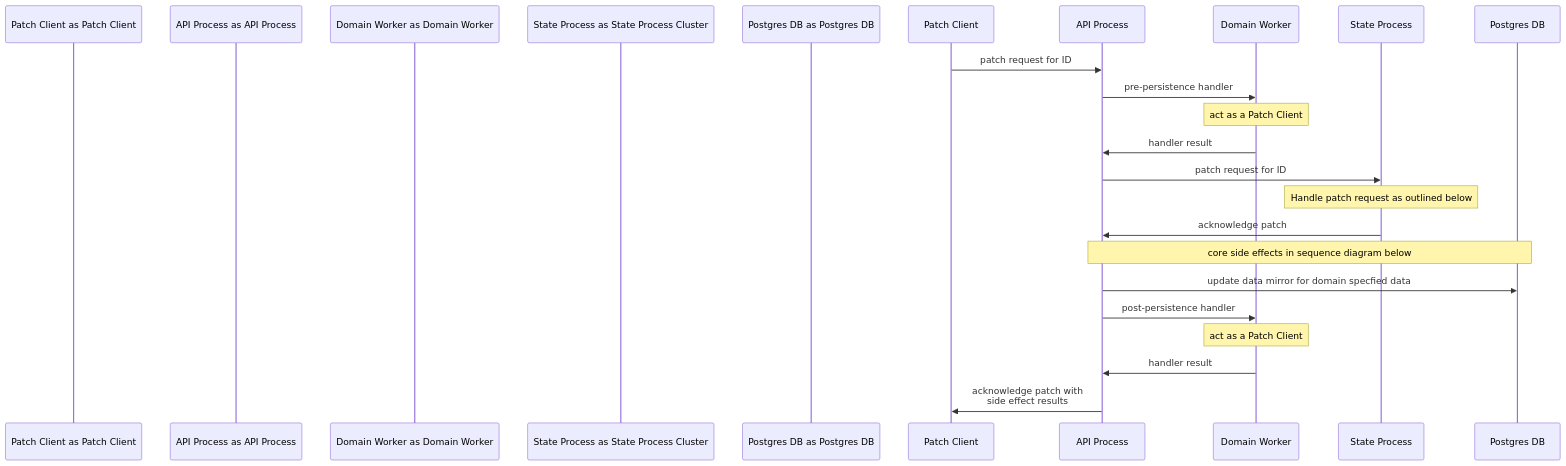
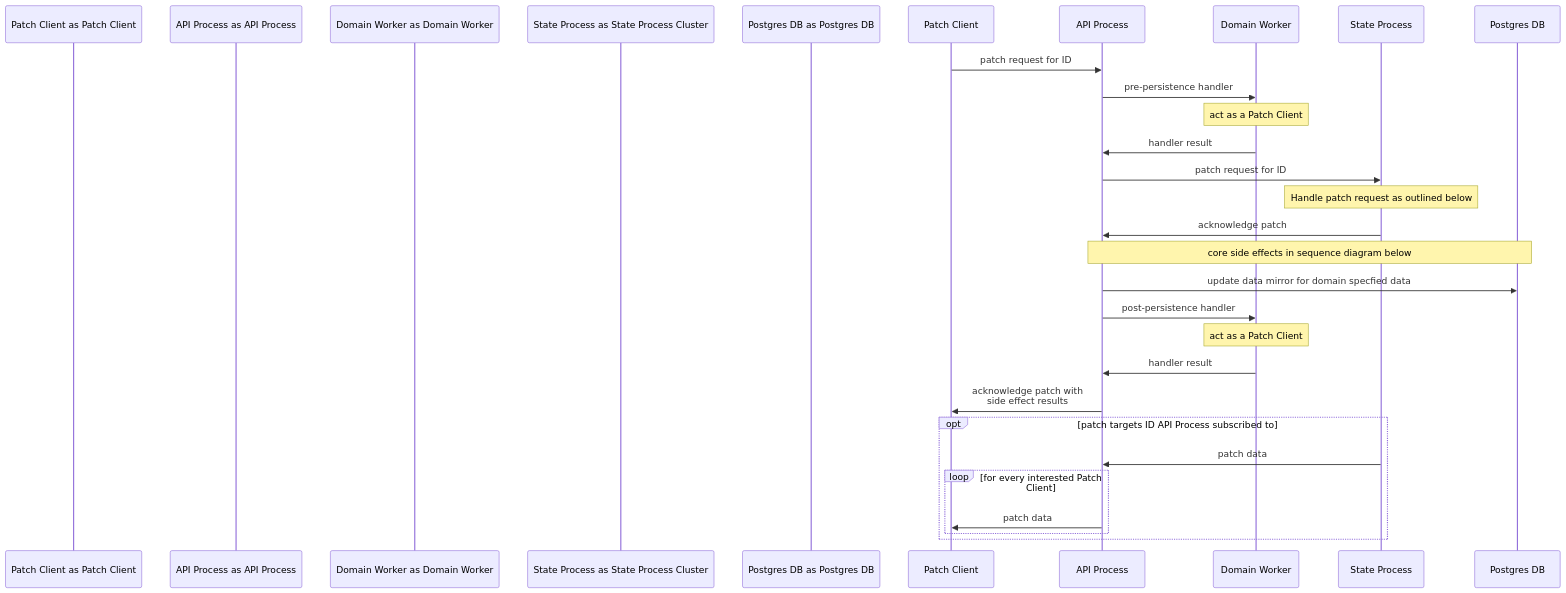
The first of 2 diagrams in README.md (knowlearning/platform), drawn with Mermaid before and after one commit. The commit also changed other lines of this file, not shown here.

Commit message:
Move subscription spec to first sequence diagram

````diff
--- a/README.md
+++ b/README.md
@@ -45,22 +45,28 @@
 ```mermaid
 sequenceDiagram
   participant Patch Client as Patch Client
   participant API Process as API Process
   participant Domain Worker as Domain Worker
   participant State Process as State Process Cluster
   participant Postgres DB as Postgres DB
 
   Patch Client ->> API Process: patch request for ID
   API Process ->> Domain Worker: pre-persistence handler
   Note over Domain Worker: act as a Patch Client
   Domain Worker ->> API Process: handler result
   API Process ->> State Process: patch request for ID
   Note over State Process: Handle patch request as outlined below
   State Process ->> API Process: acknowledge patch
   Note over API Process,Postgres DB: core side effects in sequence diagram below
   API Process ->> Postgres DB: update data mirror for domain specfied data
   API Process ->> Domain Worker: post-persistence handler
   Note over Domain Worker: act as a Patch Client
   Domain Worker ->> API Process: handler result
   API Process ->> Patch Client: acknowledge patch with<br>side effect results
+  opt patch targets ID API Process subscribed to
+    State Process ->> API Process: patch data
+    loop for every interested Patch Client
+      API Process ->> Patch Client: patch data
+    end
+  end
 ```
````
